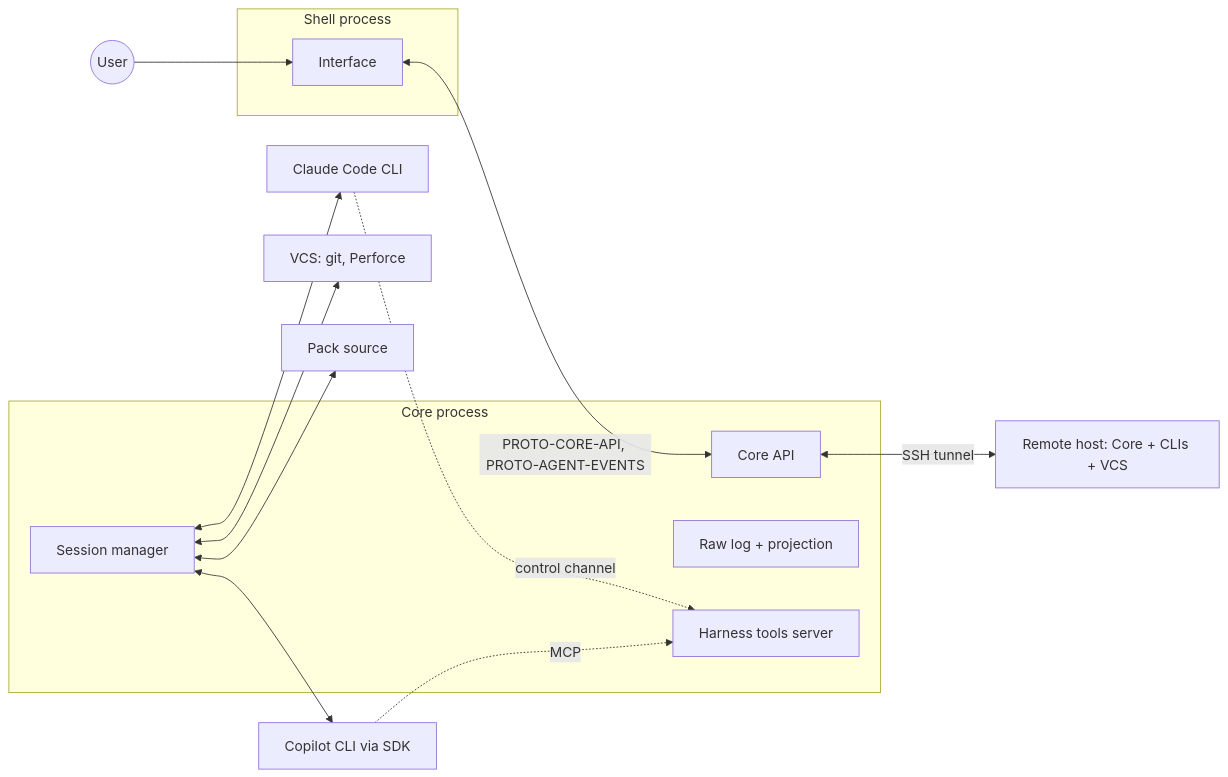
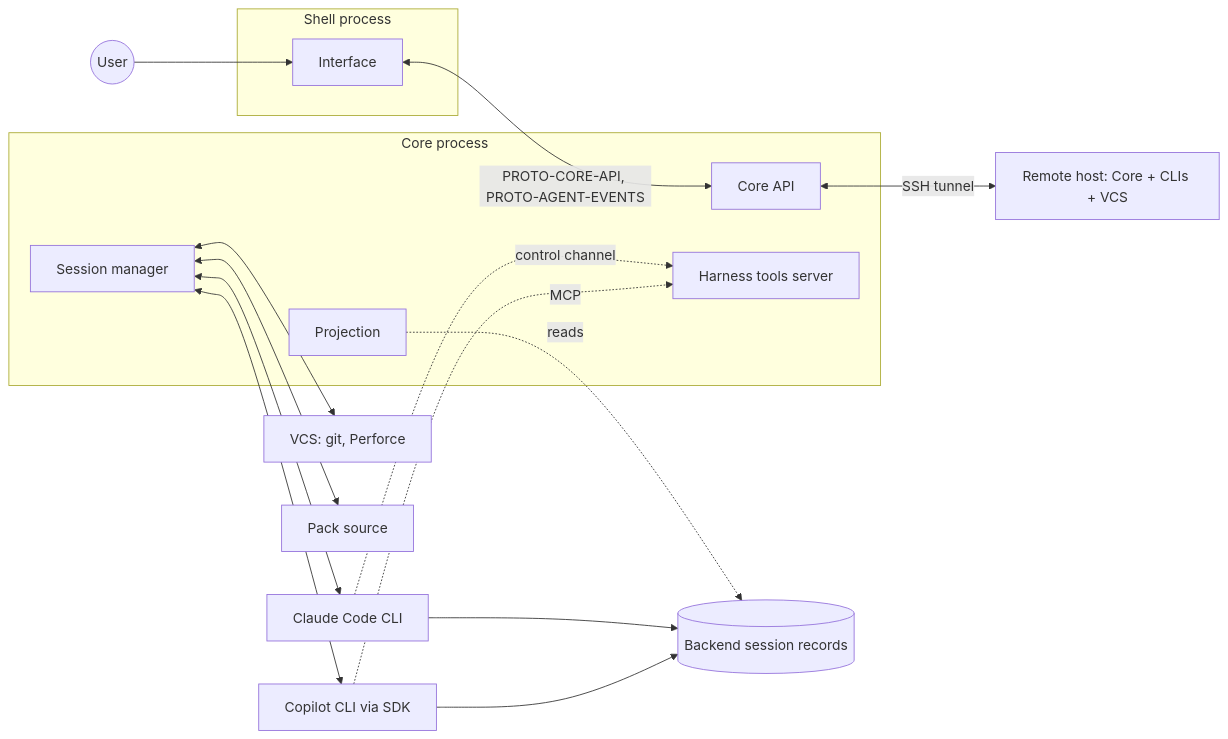
Before and after one commit to CYGNAL-WORKS/ersa: the diagram in docs/briefs/ARCH-CORE.md, drawn with Mermaid. The commit also changed other lines of this file and 14 other files, not shown here.

First line of the commit message:
ADR 0017: the backend's session record is a session's history

````diff
--- a/docs/briefs/ARCH-CORE.md
+++ b/docs/briefs/ARCH-CORE.md
@@ -17,27 +17,31 @@
 ```mermaid
 flowchart LR
   user((User))
   subgraph shell [Shell process]
     ui[Interface]
   end
   subgraph core [Core process]
     api[Core API]
     sm[Session manager]
-    log[Raw log + projection]
+    proj[Projection]
     tools[Harness tools server]
   end
   claude[Claude Code CLI]
   copilot[Copilot CLI via SDK]
+  records[(Backend session records)]
   remote[Remote host: Core + CLIs + VCS]
   vcs[VCS: git, Perforce]
   packs[Pack source]
   user --> ui
   ui <-->|PROTO-CORE-API, PROTO-AGENT-EVENTS| api
   sm <--> claude
   sm <--> copilot
+  proj -.reads.-> records
+  claude --> records
+  copilot --> records
   api <-->|SSH tunnel| remote
   sm <--> vcs
   sm <--> packs
   claude -.control channel.-> tools
   copilot -.MCP.-> tools
 ```
````
